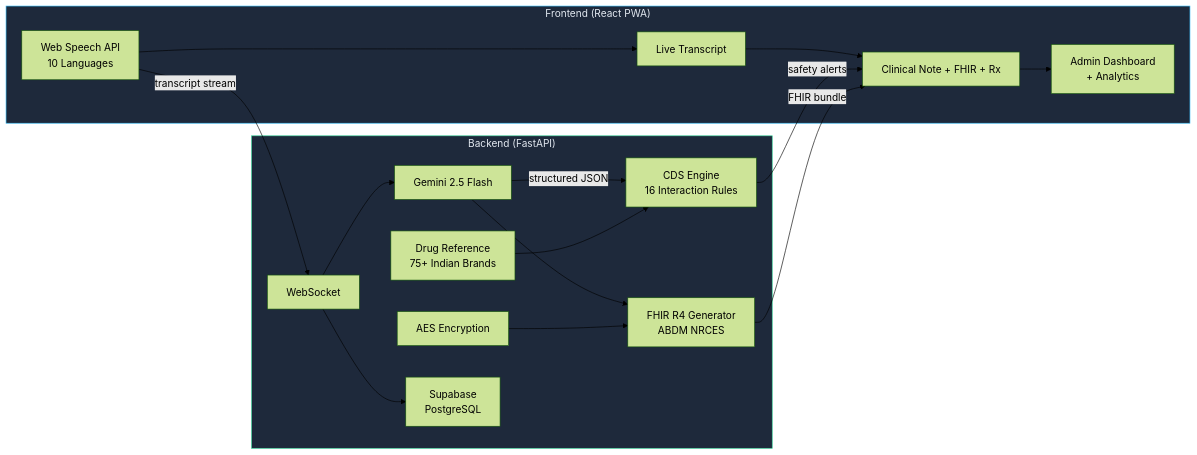
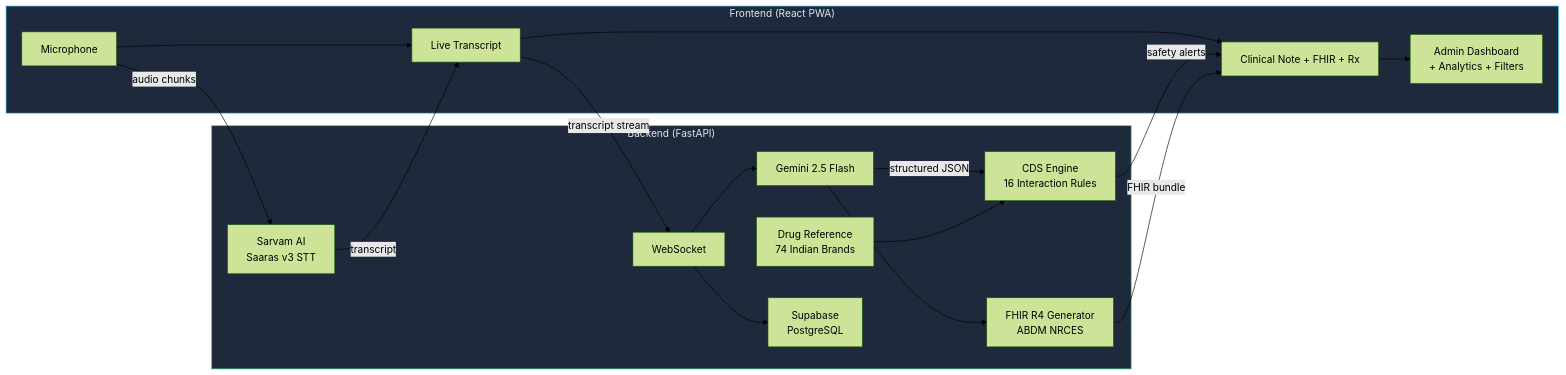
The first of 2 diagrams in README.md (Akasxh/medscribe-ai), drawn with Mermaid (forest theme) before and after one commit. The commit also changed other lines of this file and 16 other files, not shown here.

First line of the commit message:
docs: update README with accurate stats, Sarvam AI, admin dashboard

````diff
--- a/README.md
+++ b/README.md
@@ -151,31 +166,32 @@
 ```mermaid
 graph LR
     subgraph Client["Frontend (React PWA)"]
-        MIC["Web Speech API<br/>10 Languages"] --> TR[Live Transcript]
+        MIC["Microphone"] --> TR[Live Transcript]
         TR --> UI["Clinical Note + FHIR + Rx"]
-        UI --> ADMIN["Admin Dashboard<br/>+ Analytics"]
+        UI --> ADMIN["Admin Dashboard<br/>+ Analytics + Filters"]
     end
 
     subgraph Server["Backend (FastAPI)"]
+        SAR["Sarvam AI<br/>Saaras v3 STT"]
         WS[WebSocket]
         GEM["Gemini 2.5 Flash"]
         CDS["CDS Engine<br/>16 Interaction Rules"]
         FHIR["FHIR R4 Generator<br/>ABDM NRCES"]
-        DRUG["Drug Reference<br/>75+ Indian Brands"]
-        ENC["AES Encryption"]
+        DRUG["Drug Reference<br/>74 Indian Brands"]
         SUPA["Supabase<br/>PostgreSQL"]
     end
 
-    MIC -->|transcript stream| WS
+    MIC -->|audio chunks| SAR
+    SAR -->|transcript| TR
+    TR -->|transcript stream| WS
     WS --> GEM
     GEM -->|structured JSON| CDS
     GEM --> FHIR
     CDS -->|safety alerts| UI
     FHIR -->|FHIR bundle| UI
-    ENC --> FHIR
     DRUG --> CDS
     WS --> SUPA
 
     style Client fill:#1e293b,stroke:#38bdf8,color:#e2e8f0
     style Server fill:#1e293b,stroke:#34d399,color:#e2e8f0
 ```
````
